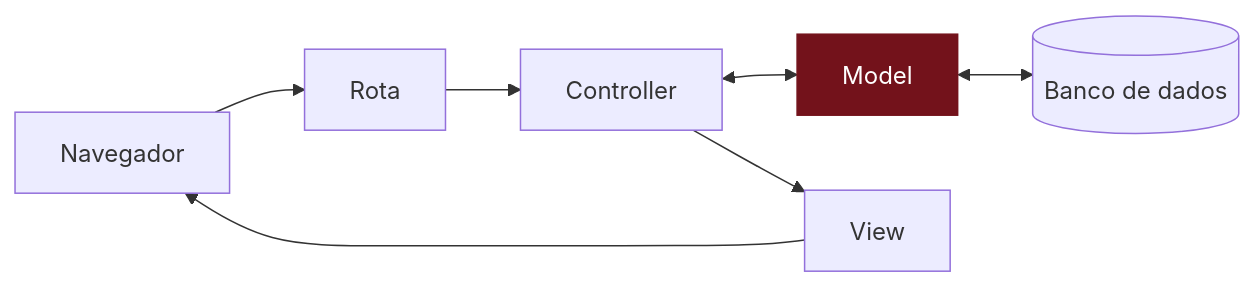
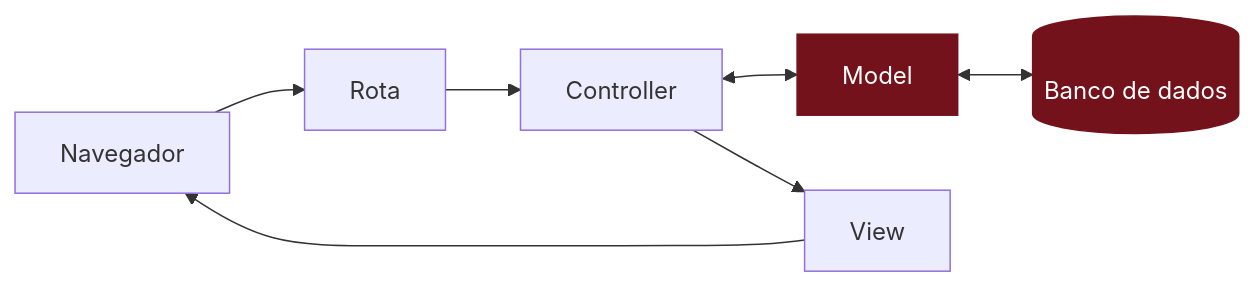
The diagram in projetos/mural-de-recados/02-como-guardar-os-recados/o-que-aconteceu.md (RailsGirls-SP/guia-railsgirls-sp), drawn with Mermaid before and after one commit. The commit also changed other lines of this file and 19 other files, not shown here.

````diff
--- a/projetos/mural-de-recados/02-como-guardar-os-recados/o-que-aconteceu.md
+++ b/projetos/mural-de-recados/02-como-guardar-os-recados/o-que-aconteceu.md
@@ -17,10 +33,10 @@
 ```mermaid
 flowchart LR
   Navegador --> Rota --> Controller
   Controller <--> Model
   Model <--> Banco[(Banco de dados)]
   Controller --> View --> Navegador
 
   classDef aqui fill:#73121b,stroke:#73121b,color:#fff
-  class Model aqui
+  class Model,Banco aqui
 ```
````
